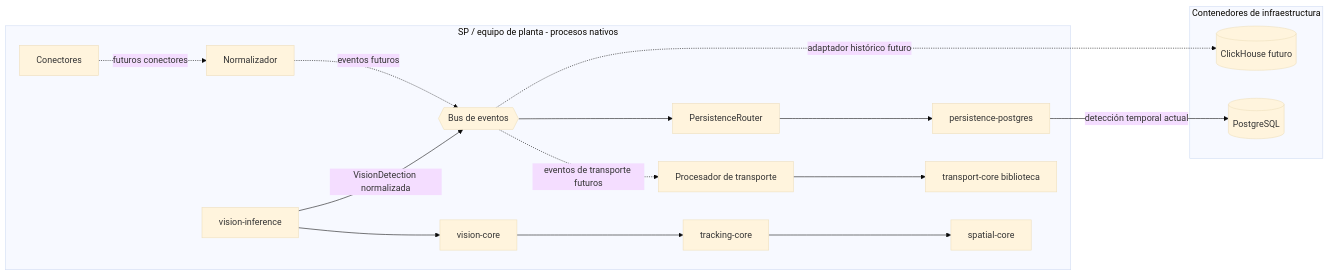
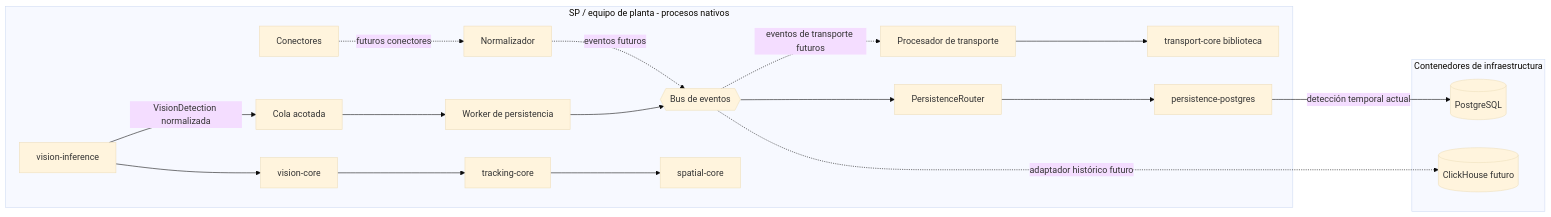
Before and after one commit to dfr2098/broder: the ninth of 9 diagrams in core/rs/ARCHITECTURE.md, drawn with Mermaid (base theme). The commit also changed other lines of this file and 18 other files, not shown here.

````diff
--- a/core/rs/ARCHITECTURE.md
+++ b/core/rs/ARCHITECTURE.md
@@ -365,33 +368,35 @@
 ```mermaid
 flowchart LR
     subgraph SP[SP / equipo de planta - procesos nativos]
         CON[Conectores]
         NOR[Normalizador]
         BUS{{Bus de eventos}}
         TP[Procesador de transporte]
         TR[transport-core biblioteca]
         VIS[vision-inference]
         VC[vision-core]
         TC[tracking-core]
         SC[spatial-core]
+        Q[Cola acotada]
+        PW[Worker de persistencia]
         PR[PersistenceRouter]
         PGA[persistence-postgres]
 
         CON -. futuros conectores .-> NOR
         NOR -. eventos futuros .-> BUS
         BUS -. eventos de transporte futuros .-> TP --> TR
         VIS --> VC
         VC --> TC
         TC --> SC
-        VIS -->|VisionDetection normalizada| BUS
+        VIS -->|VisionDetection normalizada| Q --> PW --> BUS
         BUS --> PR --> PGA
     end
 
     subgraph DOCKER[Contenedores de infraestructura]
         PG[(PostgreSQL)]
         CH[(ClickHouse futuro)]
     end
 
     PGA -->|detección temporal actual| PG
     BUS -.->|adaptador histórico futuro| CH
 ```
````
